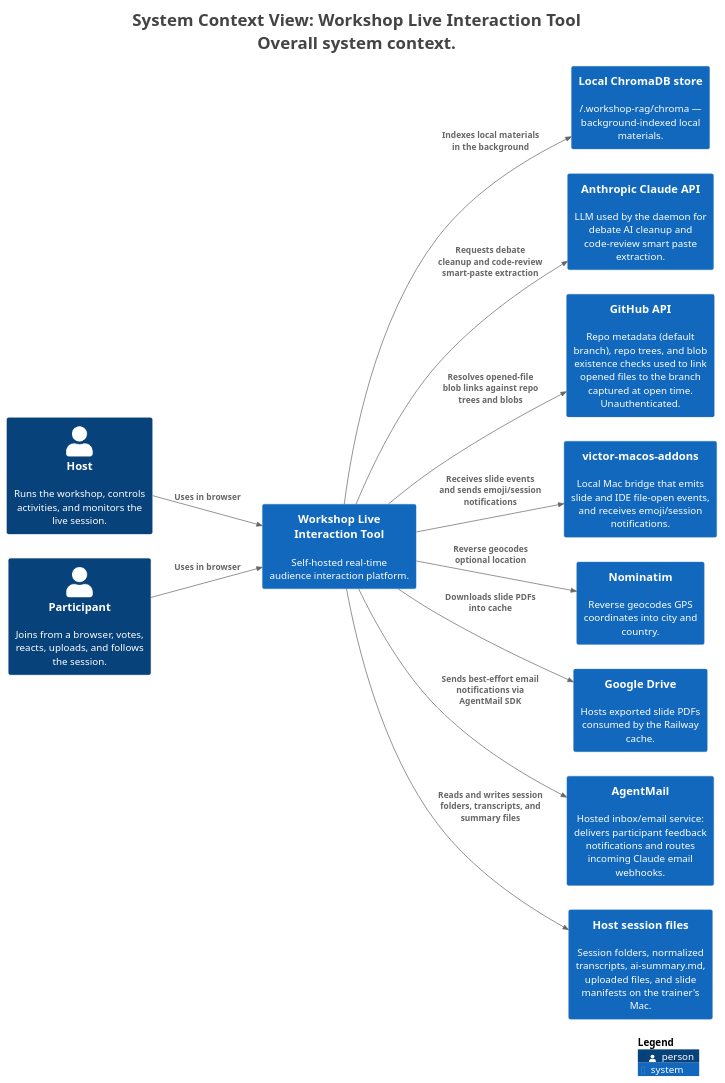
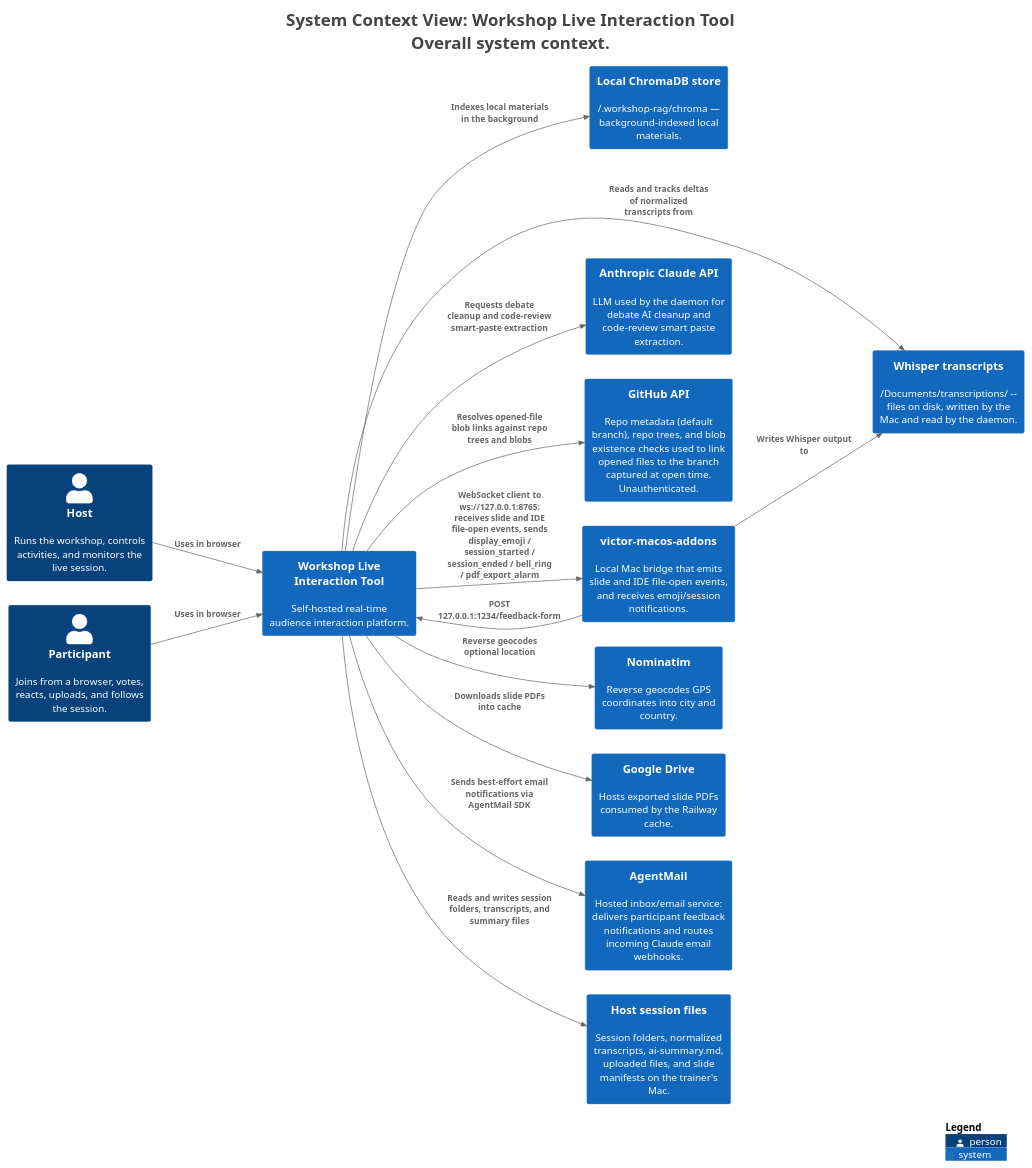
The diagram in docs/c4views/C1-System-Context.puml (victorrentea/training-assistant), drawn with PlantUML before and after one commit. The commit also changed 16 other files, not shown here.

```diff
--- a/docs/c4views/C1-System-Context.puml
+++ b/docs/c4views/C1-System-Context.puml
@@ -1,42 +1,46 @@
 @startuml
 title <size:24>System Context View: Workshop Live Interaction Tool</size>\n<size:24>Overall system context.</size>
 
 set separator none
 left to right direction
 
 <style>
   root {
     BackgroundColor: #ffffff
     FontColor: #444444
   }
 </style>
 
 !include <C4/C4>
 !include <C4/C4_Context>
 
 Person(Host, "Host", $descr="Runs the workshop, controls activities, and monitors the live session.", $tags="", $link="")
 System(LocalChromaDBstore, "Local ChromaDB store", $descr="~/.workshop-rag/chroma — background-indexed local materials.", $tags="", $link="")
 System(WorkshopLiveInteractionTool, "Workshop Live Interaction Tool", $descr="Self-hosted real-time audience interaction platform.", $tags="", $link="")
+System(Whispertranscripts, "Whisper transcripts", $descr="~/Documents/transcriptions/ -- files on disk, written by the Mac and read by the daemon.", $tags="", $link="")
 Person(Participant, "Participant", $descr="Joins from a browser, votes, reacts, uploads, and follows the session.", $tags="", $link="")
 System(AnthropicClaudeAPI, "Anthropic Claude API", $descr="LLM used by the daemon for debate AI cleanup and code-review smart paste extraction.", $tags="", $link="")
 System(GitHubAPI, "GitHub API", $descr="Repo metadata (default branch), repo trees, and blob existence checks used to link opened files to the branch captured at open time. Unauthenticated.", $tags="", $link="")
 System(victormacosaddons, "victor-macos-addons", $descr="Local Mac bridge that emits slide and IDE file-open events, and receives emoji/session notifications.", $tags="", $link="")
 System(Nominatim, "Nominatim", $descr="Reverse geocodes GPS coordinates into city and country.", $tags="", $link="")
 System(GoogleDrive, "Google Drive", $descr="Hosts exported slide PDFs consumed by the Railway cache.", $tags="", $link="")
 System(AgentMail, "AgentMail", $descr="Hosted inbox/email service: delivers participant feedback notifications and routes incoming Claude email webhooks.", $tags="", $link="")
 System(Hostsessionfiles, "Host session files", $descr="Session folders, normalized transcripts, ai-summary.md, uploaded files, and slide manifests on the trainer's Mac.", $tags="", $link="")
 
+Rel(victormacosaddons, WorkshopLiveInteractionTool, "POST 127.0.0.1:1234/feedback-form", $techn="", $tags="", $link="")
+Rel(victormacosaddons, Whispertranscripts, "Writes Whisper output to", $techn="", $tags="", $link="")
+Rel(WorkshopLiveInteractionTool, Whispertranscripts, "Reads and tracks deltas of normalized transcripts from", $techn="", $tags="", $link="")
 Rel(Participant, WorkshopLiveInteractionTool, "Uses in browser", $techn="", $tags="", $link="")
 Rel(Host, WorkshopLiveInteractionTool, "Uses in browser", $techn="", $tags="", $link="")
 Rel(WorkshopLiveInteractionTool, Nominatim, "Reverse geocodes optional location", $techn="", $tags="", $link="")
 Rel(WorkshopLiveInteractionTool, AnthropicClaudeAPI, "Requests debate cleanup and code-review smart-paste extraction", $techn="", $tags="", $link="")
 Rel(WorkshopLiveInteractionTool, GitHubAPI, "Resolves opened-file blob links against repo trees and blobs", $techn="", $tags="", $link="")
-Rel(WorkshopLiveInteractionTool, victormacosaddons, "Receives slide events and sends emoji/session notifications", $techn="", $tags="", $link="")
+Rel(WorkshopLiveInteractionTool, victormacosaddons, "WebSocket client to ws://127.0.0.1:8765: receives slide and IDE file-open events, sends display_emoji / session_started / session_ended / bell_ring / pdf_export_alarm", $techn="", $tags="", $link="")
 Rel(WorkshopLiveInteractionTool, AgentMail, "Sends best-effort email notifications via AgentMail SDK", $techn="", $tags="", $link="")
 Rel(WorkshopLiveInteractionTool, Hostsessionfiles, "Reads and writes session folders, transcripts, and summary files", $techn="", $tags="", $link="")
 Rel(WorkshopLiveInteractionTool, LocalChromaDBstore, "Indexes local materials in the background", $techn="", $tags="", $link="")
 Rel(WorkshopLiveInteractionTool, GoogleDrive, "Downloads slide PDFs into cache", $techn="", $tags="", $link="")
 
 SHOW_LEGEND(true)
 hide stereotypes
 @enduml
```
